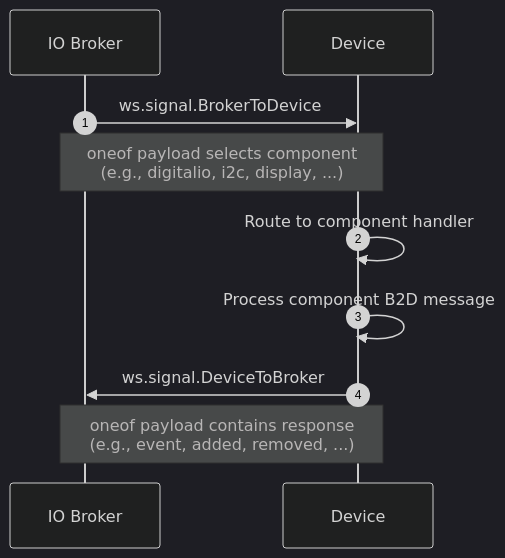
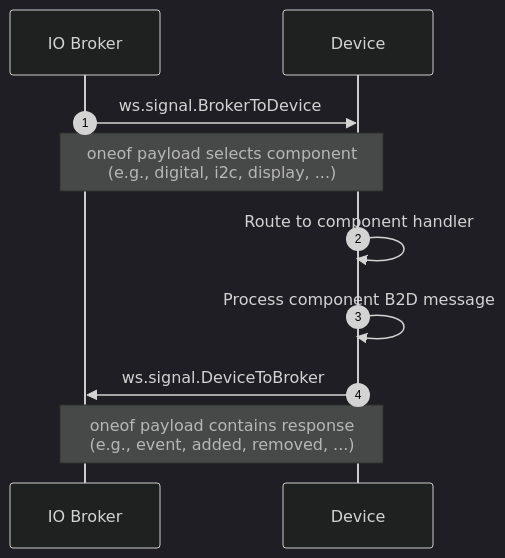
The first of 2 diagrams in proto/wippersnapper/docs/signal.md (adafruit/Wippersnapper_Protobuf), drawn with Mermaid (dark theme) before and after one commit. The commit also changed other lines of this file and 14 other files, not shown here.

Commit message:
rename analogin -> analog, digitalio -> digital

````diff
--- a/proto/wippersnapper/docs/signal.md
+++ b/proto/wippersnapper/docs/signal.md
@@ -85,13 +85,13 @@
 ```mermaid
 sequenceDiagram
 autonumber
 
 IO Broker->>Device: ws.signal.BrokerToDevice
-Note over IO Broker,Device: oneof payload selects component<br/>(e.g., digitalio, i2c, display, ...)
+Note over IO Broker,Device: oneof payload selects component<br/>(e.g., digital, i2c, display, ...)
 
 Device->>Device: Route to component handler
 Device->>Device: Process component B2D message
 
 Device->>IO Broker: ws.signal.DeviceToBroker
 Note over IO Broker,Device: oneof payload contains response<br/>(e.g., event, added, removed, ...)
 ```
````
